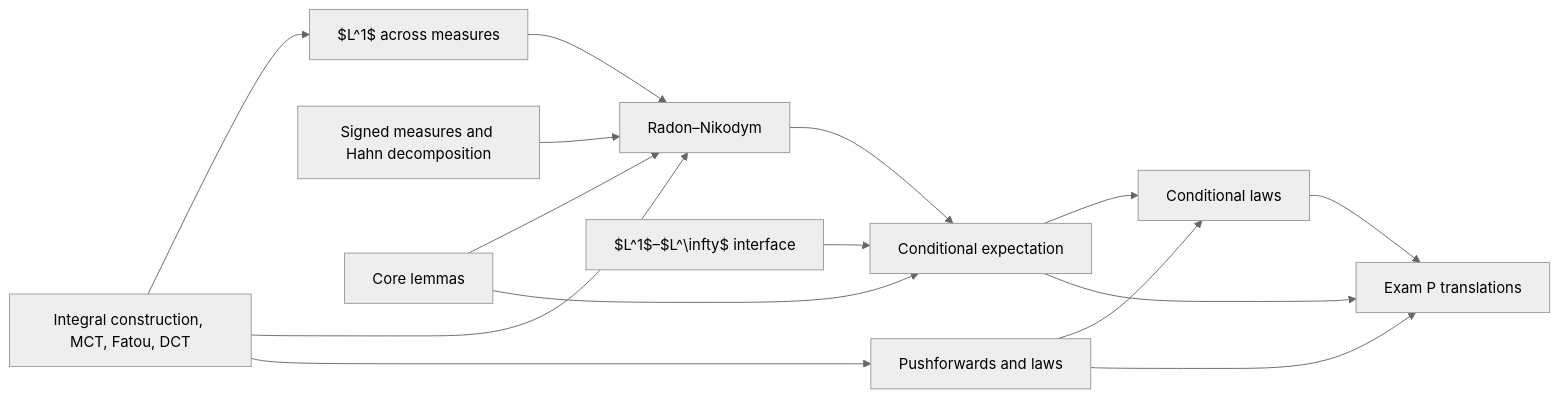
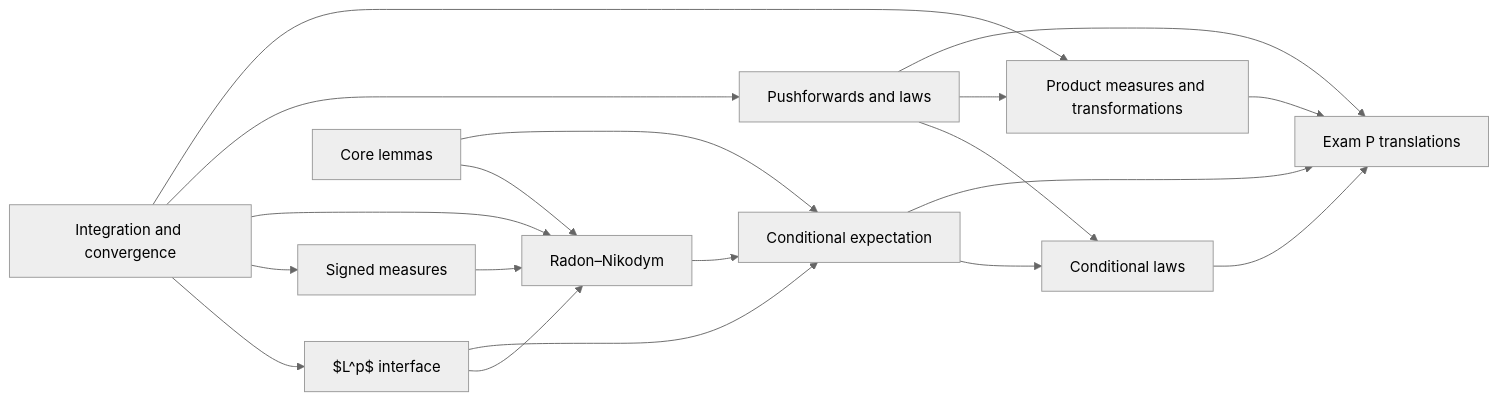
The diagram in 00_Project/Dependency Map.md (Mozartismee/measure-theory-and-probability), drawn with Mermaid (neutral theme) before and after one commit. The commit also changed other lines of this file and 82 other files, not shown here.

````diff
--- a/00_Project/Dependency Map.md
+++ b/00_Project/Dependency Map.md
@@ -11,17 +11,21 @@
 ```mermaid
 flowchart LR
-    IC["Integral construction, MCT, Fatou, DCT"] --> F1
+    IC["Integration and convergence"] --> LP["$L^p$ interface"]
+    IC --> SM["Signed measures"]
     IC --> RN
     IC --> P
-    F1["$L^1$ across measures"] --> RN["Radon–Nikodym"]
-    F2["$L^1$–$L^\infty$ interface"] --> CE["Conditional expectation"]
-    F3["Signed measures and Hahn decomposition"] --> RN
+    IC --> PM["Product measures and transformations"]
+    LP --> RN["Radon–Nikodym"]
+    LP --> CE["Conditional expectation"]
+    SM --> RN
     L["Core lemmas"] --> RN
     L --> CE
     RN --> CE
     P["Pushforwards and laws"] --> CL["Conditional laws"]
+    P --> PM
+    PM --> EP["Exam P translations"]
     CE --> CL
-    P --> EP["Exam P translations"]
+    P --> EP
     CE --> EP
     CL --> EP
 ```
````
